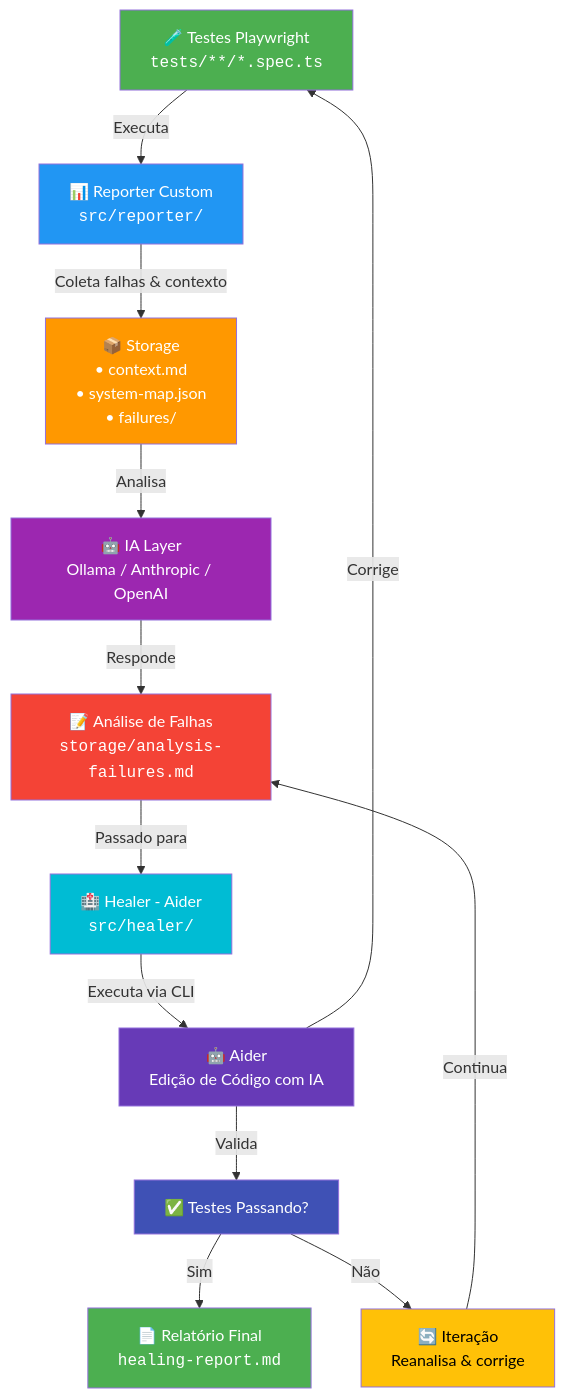
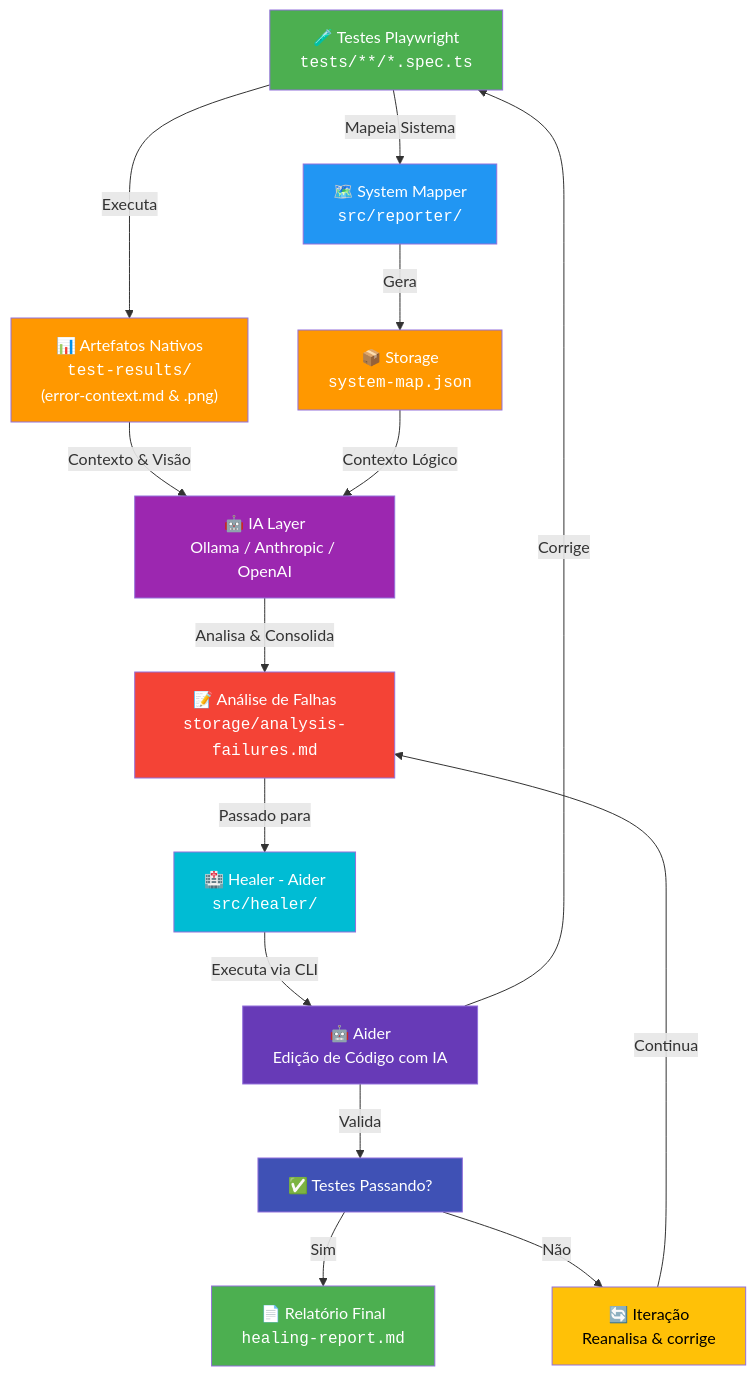
One commit to vitomc22/play-intelligence changed the diagram in README.md. Above: the diagram before and after it, drawn with Mermaid. The commit also changed other lines of this file and 5 other files, not shown here.

Commit message:
refactor: transition from single context file to directory-based error-context structure for improved test failure analysis

````diff
--- a/README.md
+++ b/README.md
@@ -13,35 +13,38 @@
 ```mermaid
 graph TD
-    A["🧪 Testes Playwright<br/><code>tests/**/*.spec.ts</code>"] -->|Executa| B["📊 Reporter Custom<br/><code>src/reporter/</code>"]
+    A["🧪 Testes Playwright<br/><code>tests/**/*.spec.ts</code>"] -->|Executa| B["📊 Artefatos Nativos<br/><code>test-results/</code><br/>(error-context.md & .png)"]
     
-    B -->|Coleta falhas & contexto| C["📦 Storage<br/>• context.md<br/>• system-map.json<br/>• failures/"]
+    A -->|Mapeia Sistema| C["🗺️ System Mapper<br/><code>src/reporter/</code>"]
+    C -->|Gera| D["📦 Storage<br/><code>system-map.json</code>"]
     
-    C -->|Analisa| D["🤖 IA Layer<br/>Ollama / Anthropic / OpenAI"]
+    B -->|Contexto & Visão| E["🤖 IA Layer<br/>Ollama / Anthropic / OpenAI"]
+    D -->|Contexto Lógico| E
     
-    D -->|Responde| E["📝 Análise de Falhas<br/><code>storage/analysis-failures.md</code>"]
+    E -->|Analisa & Consolida| F["📝 Análise de Falhas<br/><code>storage/analysis-failures.md</code>"]
     
-    E -->|Passado para| F["🏥 Healer - Aider<br/><code>src/healer/</code>"]
+    F -->|Passado para| G["🏥 Healer - Aider<br/><code>src/healer/</code>"]
     
-    F -->|Executa via CLI| G["🤖 Aider<br/>Edição de Código com IA"]
+    G -->|Executa via CLI| H["🤖 Aider<br/>Edição de Código com IA"]
     
-    G -->|Corrige| A
+    H -->|Corrige| A
     
-    G -->|Valida| H["✅ Testes Passando?"]
+    H -->|Valida| I["✅ Testes Passando?"]
     
-    H -->|Sim| I["📄 Relatório Final<br/><code>healing-report.md</code>"]
+    I -->|Sim| J["📄 Relatório Final<br/><code>healing-report.md</code>"]
     
-    H -->|Não| J["🔄 Iteração<br/>Reanalisa & corrige"]
+    I -->|Não| K["🔄 Iteração<br/>Reanalisa & corrige"]
     
-    J -->|Continua| E
+    K -->|Continua| F
 
     style A fill:#4CAF50,color:#fff
-    style B fill:#2196F3,color:#fff
-    style C fill:#FF9800,color:#fff
-    style D fill:#9C27B0,color:#fff
-    style E fill:#F44336,color:#fff
-    style F fill:#00BCD4,color:#fff
-    style G fill:#673AB7,color:#fff
-    style H fill:#3F51B5,color:#fff
-    style I fill:#4CAF50,color:#fff
-    style J fill:#FFC107,color:#000
+    style B fill:#FF9800,color:#fff
+    style C fill:#2196F3,color:#fff
+    style D fill:#FF9800,color:#fff
+    style E fill:#9C27B0,color:#fff
+    style F fill:#F44336,color:#fff
+    style G fill:#00BCD4,color:#fff
+    style H fill:#673AB7,color:#fff
+    style I fill:#3F51B5,color:#fff
+    style J fill:#4CAF50,color:#fff
+    style K fill:#FFC107,color:#000
 ```
````
